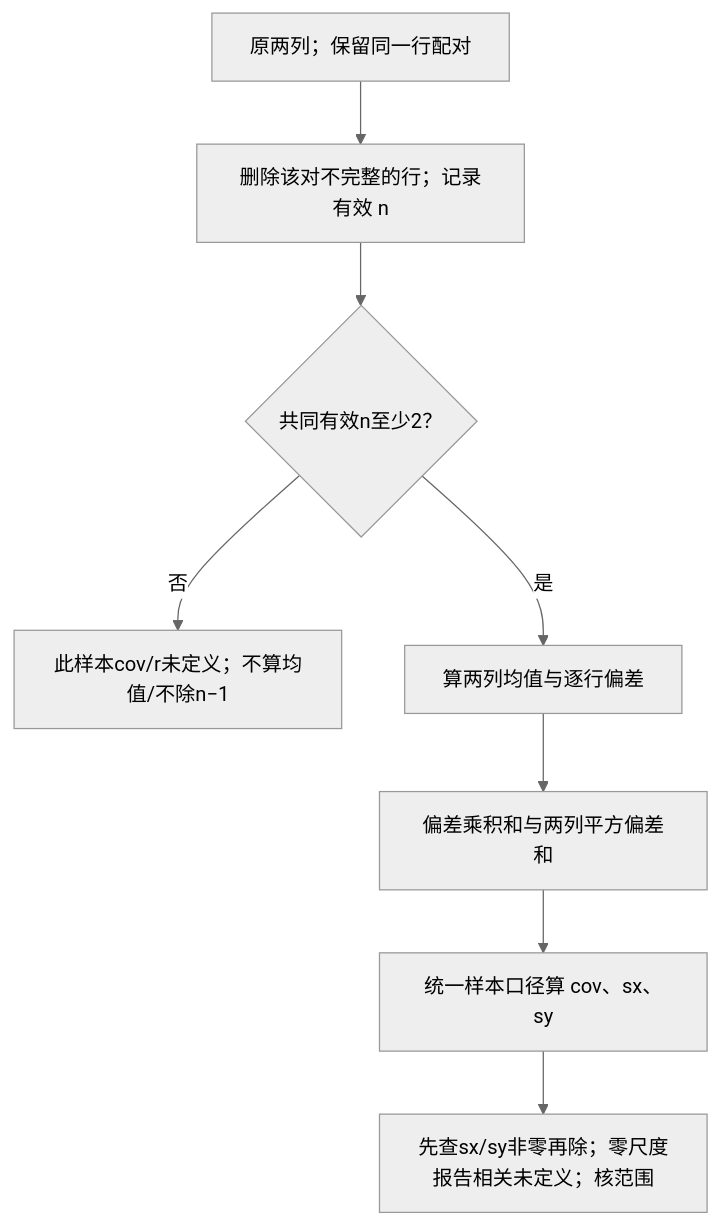
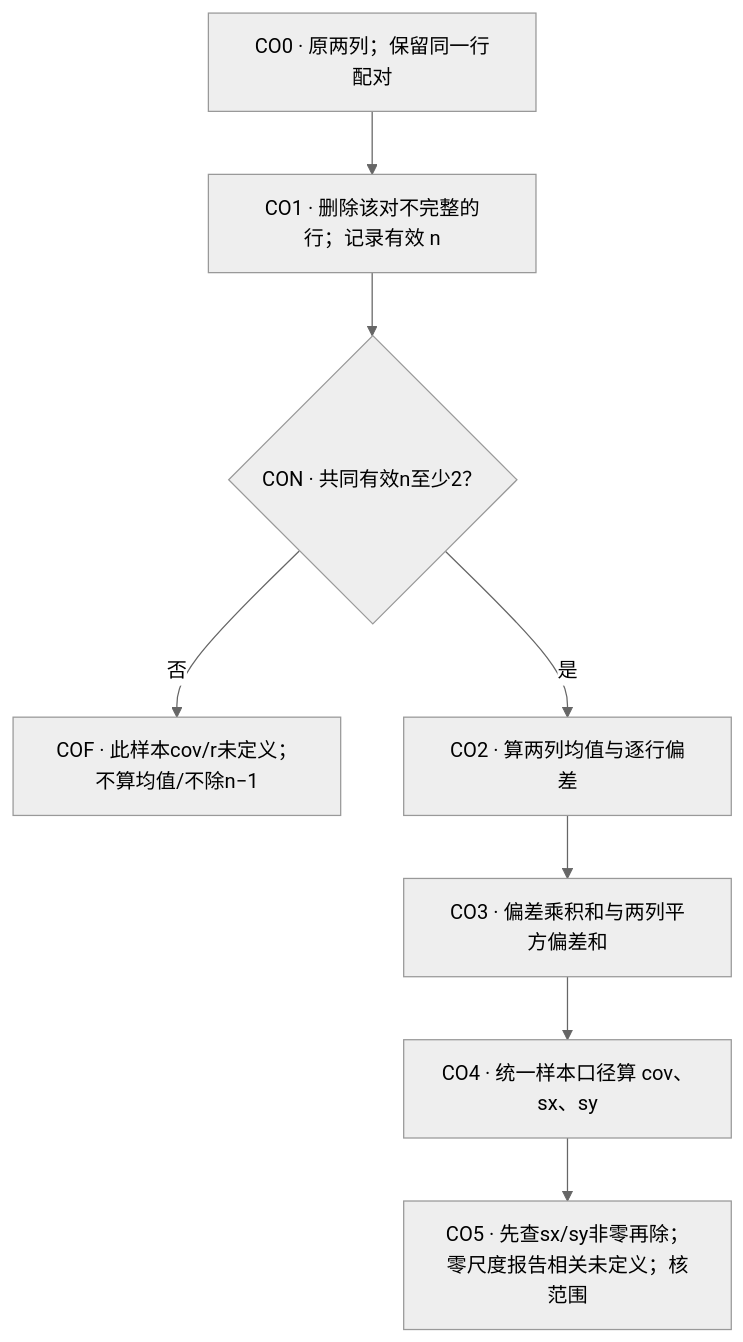
The sixth of 20 diagrams in IS6400_Business_Data_Analytics/notes/M03-数据类型与描述性分析.md (CercaTrovato/cityu-ai-course-notes), drawn with Mermaid (neutral theme) before and after one commit. The commit also changed other lines of this file and 40 other files, not shown here.

First line of the commit message:
完成 IS6400 M03 全篇审修、原题图保真与适用同步

````diff
--- a/IS6400_Business_Data_Analytics/notes/M03-数据类型与描述性分析.md
+++ b/IS6400_Business_Data_Analytics/notes/M03-数据类型与描述性分析.md
@@ -2191,10 +2379,10 @@
 ```mermaid
 flowchart TD
-    CO0["原两列；保留同一行配对"] --> CO1["删除该对不完整的行；记录有效 n"]
-    CO1 --> CON{"共同有效n至少2？"}
-    CON -->|否| COF["此样本cov/r未定义；不算均值/不除n−1"]
-    CON -->|是| CO2["算两列均值与逐行偏差"]
-    CO2 --> CO3["偏差乘积和与两列平方偏差和"]
-    CO3 --> CO4["统一样本口径算 cov、sx、sy"]
-    CO4 --> CO5["先查sx/sy非零再除；零尺度报告相关未定义；核范围"]
+    CO0["CO0 · 原两列；保留同一行配对"] --> CO1["CO1 · 删除该对不完整的行；记录有效 n"]
+    CO1 --> CON{"CON · 共同有效n至少2？"}
+    CON -->|否| COF["COF · 此样本cov/r未定义；不算均值/不除n−1"]
+    CON -->|是| CO2["CO2 · 算两列均值与逐行偏差"]
+    CO2 --> CO3["CO3 · 偏差乘积和与两列平方偏差和"]
+    CO3 --> CO4["CO4 · 统一样本口径算 cov、sx、sy"]
+    CO4 --> CO5["CO5 · 先查sx/sy非零再除；零尺度报告相关未定义；核范围"]
 ```
````
